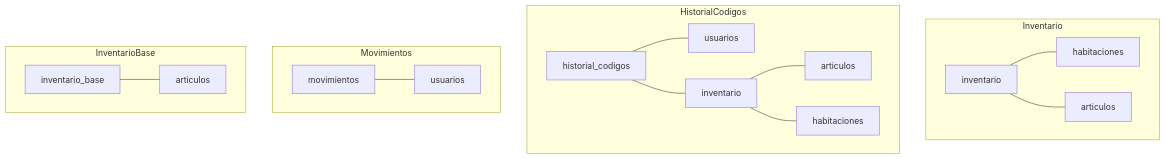
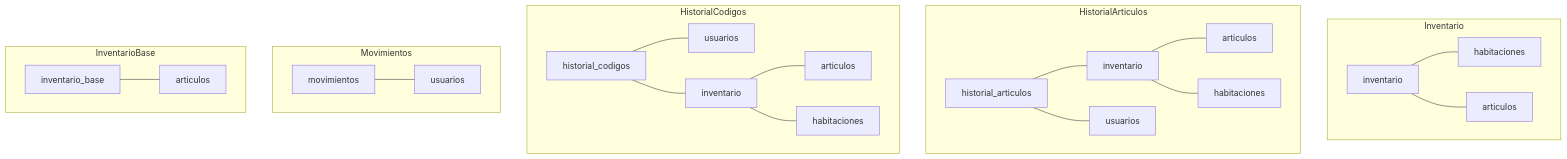
Before and after one commit to Exsoflex/hotel_inventario: the eighth of 8 diagrams in docs/modelo_relacional.md, drawn with Mermaid. The commit also changed other lines of this file and 2 other files, not shown here.

Commit message:
base de datos y documentos actualizados

````diff
--- a/docs/modelo_relacional.md
+++ b/docs/modelo_relacional.md
@@ -251,22 +289,29 @@
 ```mermaid
 flowchart TB
     subgraph Inventario
         I1[inventario] --- H1[habitaciones]
         I1 --- A1[articulos]
+    end
+
+    subgraph HistorialArticulos
+        HA[historial_articulos] --- I3[inventario]
+        I3 --- A3[articulos]
+        I3 --- H3[habitaciones]
+        HA --- U4[usuarios]
     end
 
     subgraph HistorialCodigos
         HC[historial_codigos] --- U2[usuarios]
         HC --- I2[inventario]
         I2 --- A2[articulos]
         I2 --- H2[habitaciones]
     end
 
     subgraph Movimientos
         M[movimientos] --- U3[usuarios]
     end
 
     subgraph InventarioBase
-        IB[inventario_base] --- A3[articulos]
+        IB[inventario_base] --- A5[articulos]
     end
 ```
````
